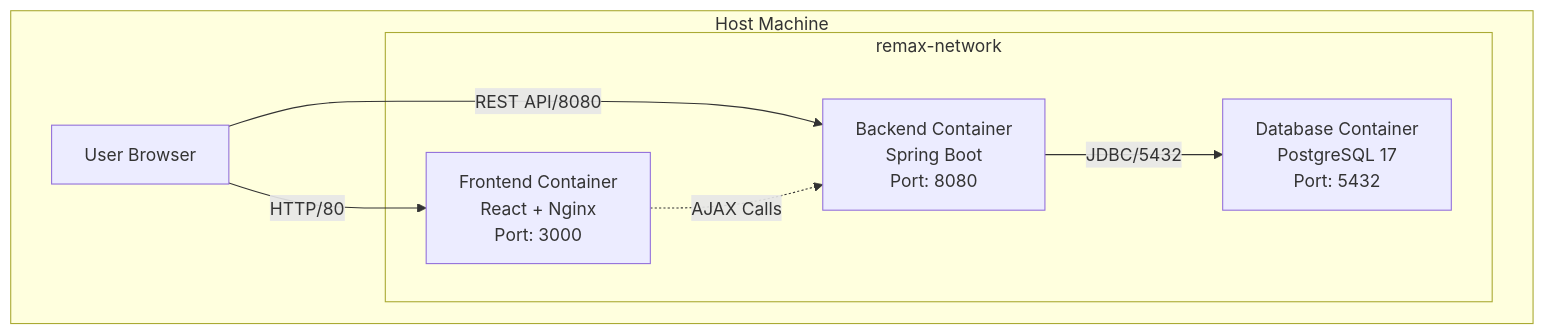
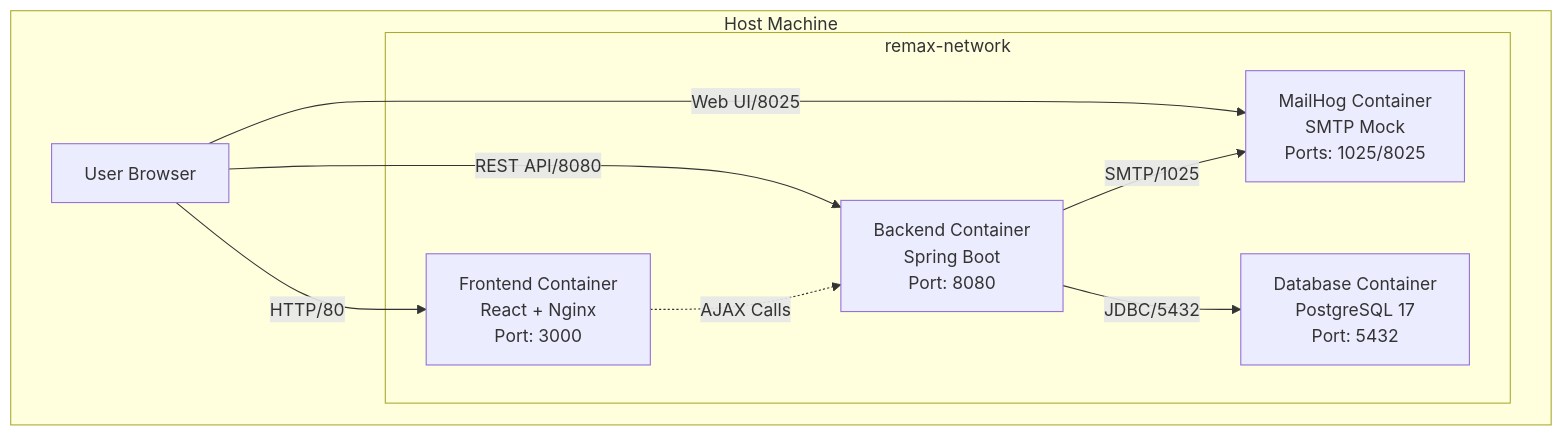
Before and after one commit to Majkle/NNPRO-REMAX-BE: the seventh of 7 diagrams in doc/Architecture_and_Design.md, drawn with Mermaid. The commit also changed other lines of this file, not shown here.

````diff
--- a/doc/Architecture_and_Design.md
+++ b/doc/Architecture_and_Design.md
@@ -214,17 +255,20 @@
 ```mermaid
 graph TD
     subgraph Host Machine
         subgraph Docker Network [remax-network]
             FE[Frontend Container<br/>React + Nginx<br/>Port: 3000]
             BE[Backend Container<br/>Spring Boot<br/>Port: 8080]
             DB[Database Container<br/>PostgreSQL 17<br/>Port: 5432]
+            MH[MailHog Container<br/>SMTP Mock<br/>Ports: 1025/8025]
         end
-        
+
         Browser[User Browser]
     end
 
     Browser -->|HTTP/80| FE
     Browser -->|REST API/8080| BE
+    Browser -->|Web UI/8025| MH
     BE -->|JDBC/5432| DB
+    BE -->|SMTP/1025| MH
     FE -.->|AJAX Calls| BE
 ```
````
